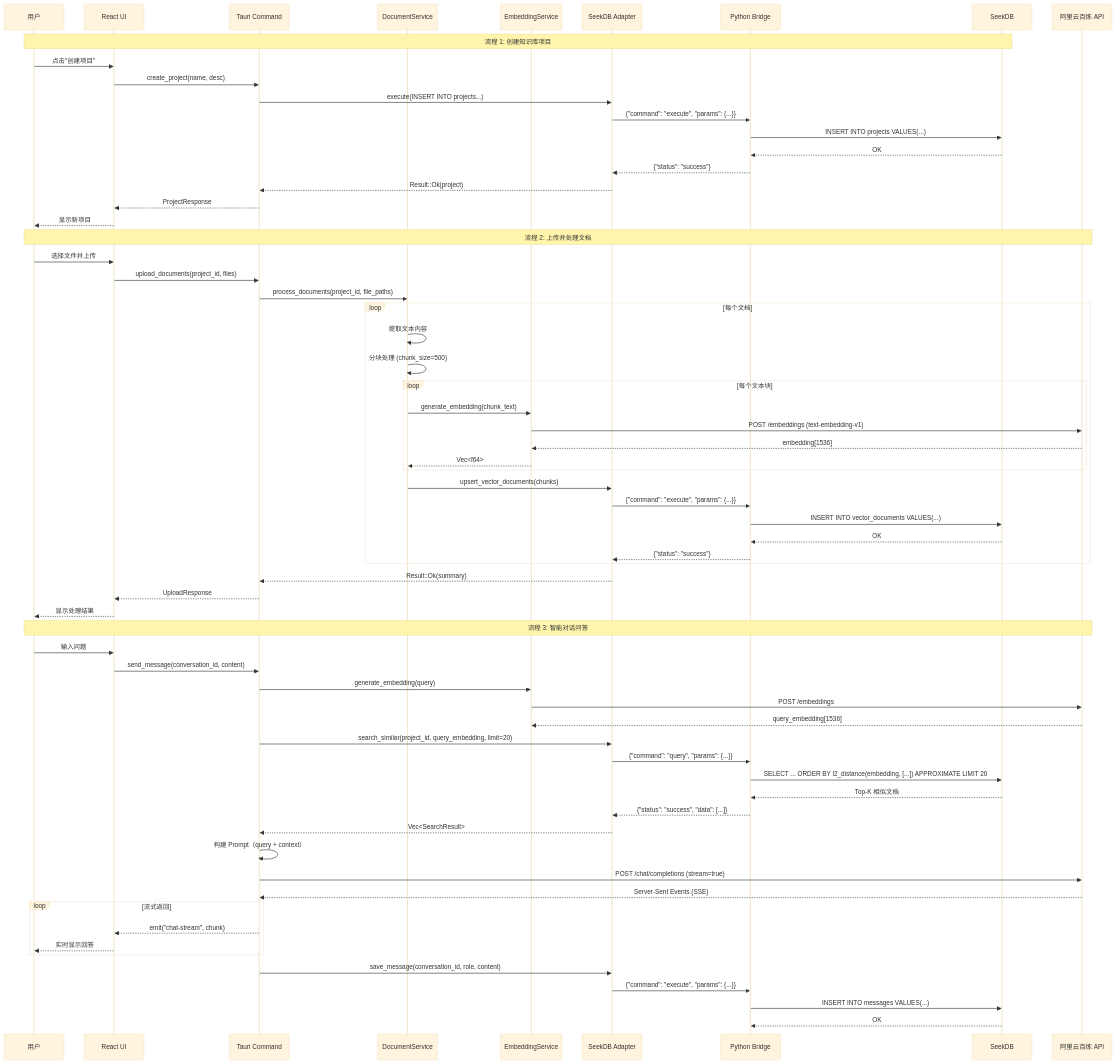
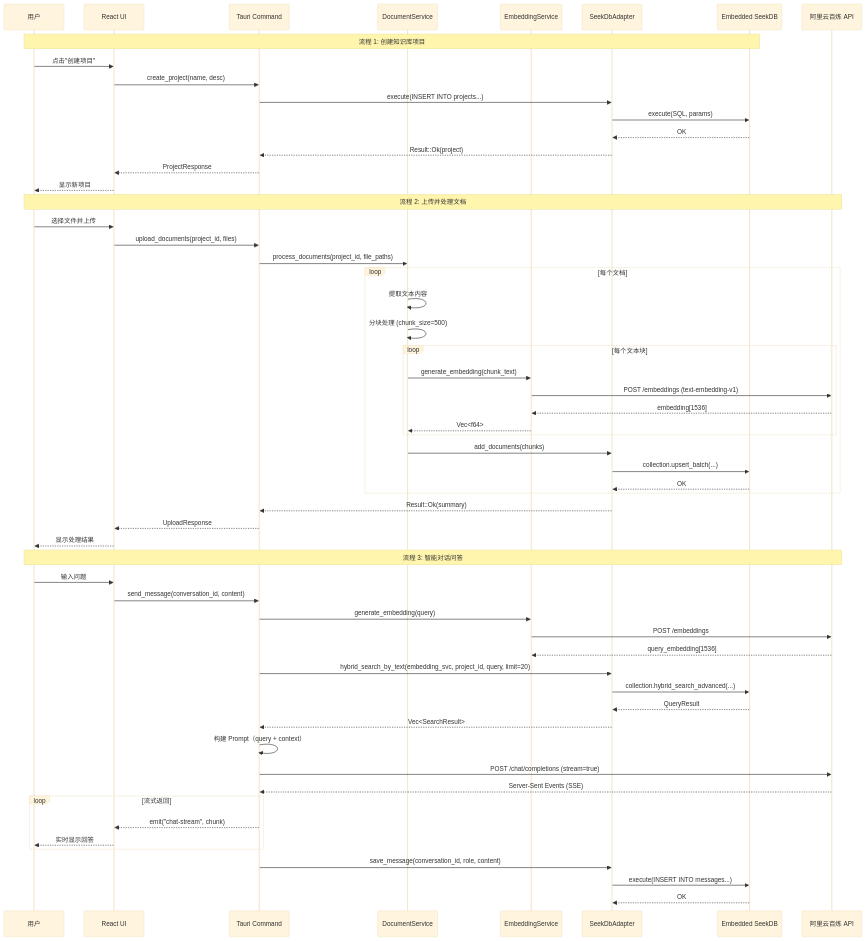
One commit to dengfuping/mine-kb changed the second of 2 diagrams in docs/MINEKB_DEV_TUTORIAL.md. Above: the diagram before and after it, drawn with Mermaid (base theme). The commit also changed other lines of this file and 43 other files, not shown here.

Commit message:
refact: Migrate from pyseekdb to seekdb-rs and remove Python bridge

````diff
--- a/docs/MINEKB_DEV_TUTORIAL.md
+++ b/docs/MINEKB_DEV_TUTORIAL.md
@@ -381,82 +352,74 @@
 ```mermaid
 sequenceDiagram
     participant User as 用户
     participant UI as React UI
     participant Tauri as Tauri Command
     participant DocSvc as DocumentService
     participant EmbedSvc as EmbeddingService
-    participant Adapter as SeekDB Adapter
-    participant Bridge as Python Bridge
-    participant DB as SeekDB
+    participant Adapter as SeekDbAdapter
+    participant DB as Embedded SeekDB
     participant API as 阿里云百炼 API
 
     %% 流程 1: 创建项目
     Note over User,DB: 流程 1: 创建知识库项目
     User->>UI: 点击"创建项目"
     UI->>Tauri: create_project(name, desc)
     Tauri->>Adapter: execute(INSERT INTO projects...)
-    Adapter->>Bridge: {"command": "execute", "params": {...}}
-    Bridge->>DB: INSERT INTO projects VALUES(...)
-    DB-->>Bridge: OK
-    Bridge-->>Adapter: {"status": "success"}
+    Adapter->>DB: execute(SQL, params)
+    DB-->>Adapter: OK
     Adapter-->>Tauri: Result::Ok(project)
     Tauri-->>UI: ProjectResponse
     UI-->>User: 显示新项目
 
     %% 流程 2: 上传文档
     Note over User,API: 流程 2: 上传并处理文档
     User->>UI: 选择文件并上传
     UI->>Tauri: upload_documents(project_id, files)
     Tauri->>DocSvc: process_documents(project_id, file_paths)
     
     loop 每个文档
         DocSvc->>DocSvc: 提取文本内容
         DocSvc->>DocSvc: 分块处理 (chunk_size=500)
         
         loop 每个文本块
             DocSvc->>EmbedSvc: generate_embedding(chunk_text)
             EmbedSvc->>API: POST /embeddings (text-embedding-v1)
             API-->>EmbedSvc: embedding[1536]
             EmbedSvc-->>DocSvc: Vec<f64>
         end
         
-        DocSvc->>Adapter: upsert_vector_documents(chunks)
-        Adapter->>Bridge: {"command": "execute", "params": {...}}
-        Bridge->>DB: INSERT INTO vector_documents VALUES(...)
-        DB-->>Bridge: OK
-        Bridge-->>Adapter: {"status": "success"}
+        DocSvc->>Adapter: add_documents(chunks)
+        Adapter->>DB: collection.upsert_batch(...)
+        DB-->>Adapter: OK
     end
     
     Adapter-->>Tauri: Result::Ok(summary)
     Tauri-->>UI: UploadResponse
     UI-->>User: 显示处理结果
 
     %% 流程 3: 对话问答
     Note over User,API: 流程 3: 智能对话问答
     User->>UI: 输入问题
     UI->>Tauri: send_message(conversation_id, content)
     Tauri->>EmbedSvc: generate_embedding(query)
     EmbedSvc->>API: POST /embeddings
     API-->>EmbedSvc: query_embedding[1536]
     
-    Tauri->>Adapter: search_similar(project_id, query_embedding, limit=20)
-    Adapter->>Bridge: {"command": "query", "params": {...}}
-    Bridge->>DB: SELECT ... ORDER BY l2_distance(embedding, [...]) APPROXIMATE LIMIT 20
-    DB-->>Bridge: Top-K 相似文档
-    Bridge-->>Adapter: {"status": "success", "data": [...]}
+    Tauri->>Adapter: hybrid_search_by_text(embedding_svc, project_id, query, limit=20)
+    Adapter->>DB: collection.hybrid_search_advanced(...)
+    DB-->>Adapter: QueryResult
     Adapter-->>Tauri: Vec<SearchResult>
     
     Tauri->>Tauri: 构建 Prompt（query + context）
     Tauri->>API: POST /chat/completions (stream=true)
     API-->>Tauri: Server-Sent Events (SSE)
     
     loop 流式返回
         Tauri-->>UI: emit("chat-stream", chunk)
         UI-->>User: 实时显示回答
     end
     
     Tauri->>Adapter: save_message(conversation_id, role, content)
-    Adapter->>Bridge: {"command": "execute", "params": {...}}
-    Bridge->>DB: INSERT INTO messages VALUES(...)
-    DB-->>Bridge: OK
+    Adapter->>DB: execute(INSERT INTO messages...)
+    DB-->>Adapter: OK
 ```
````
